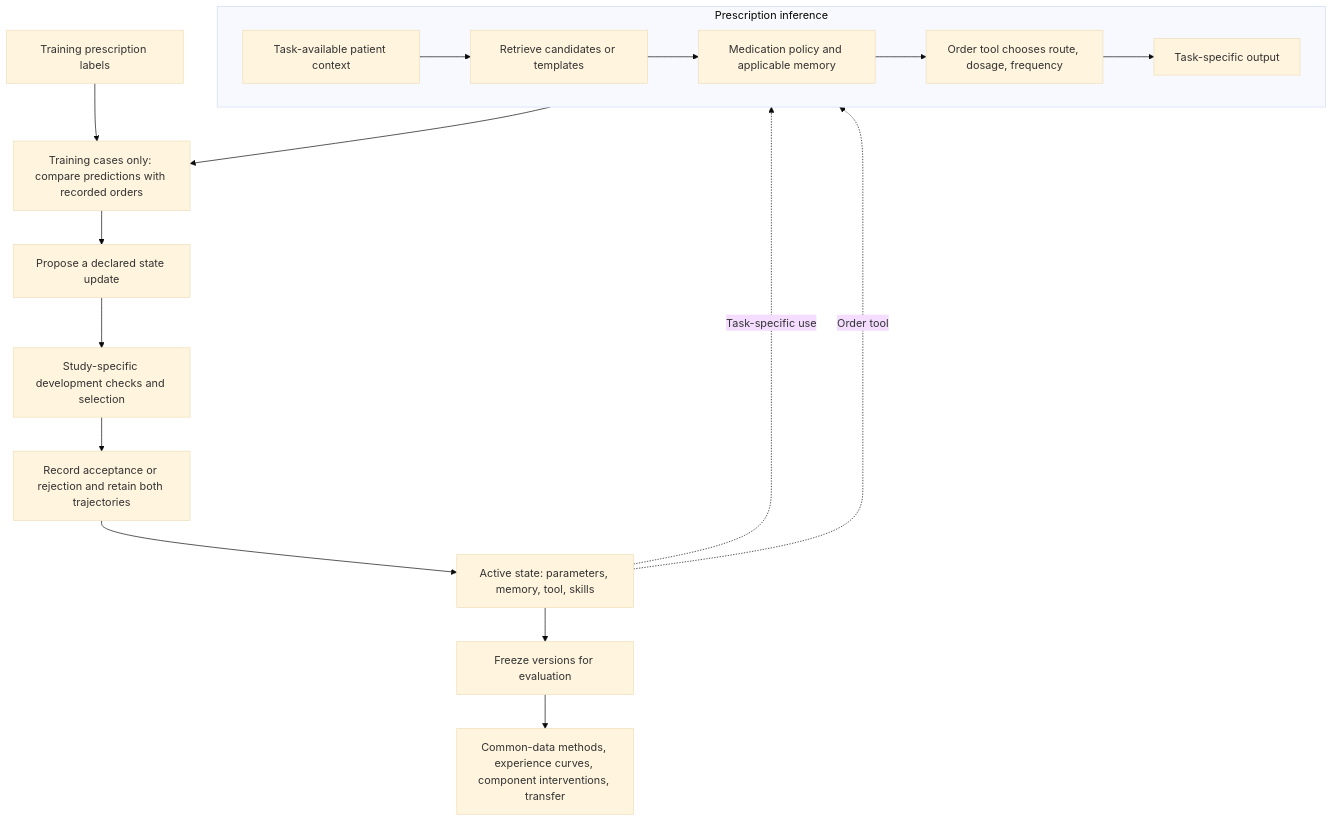
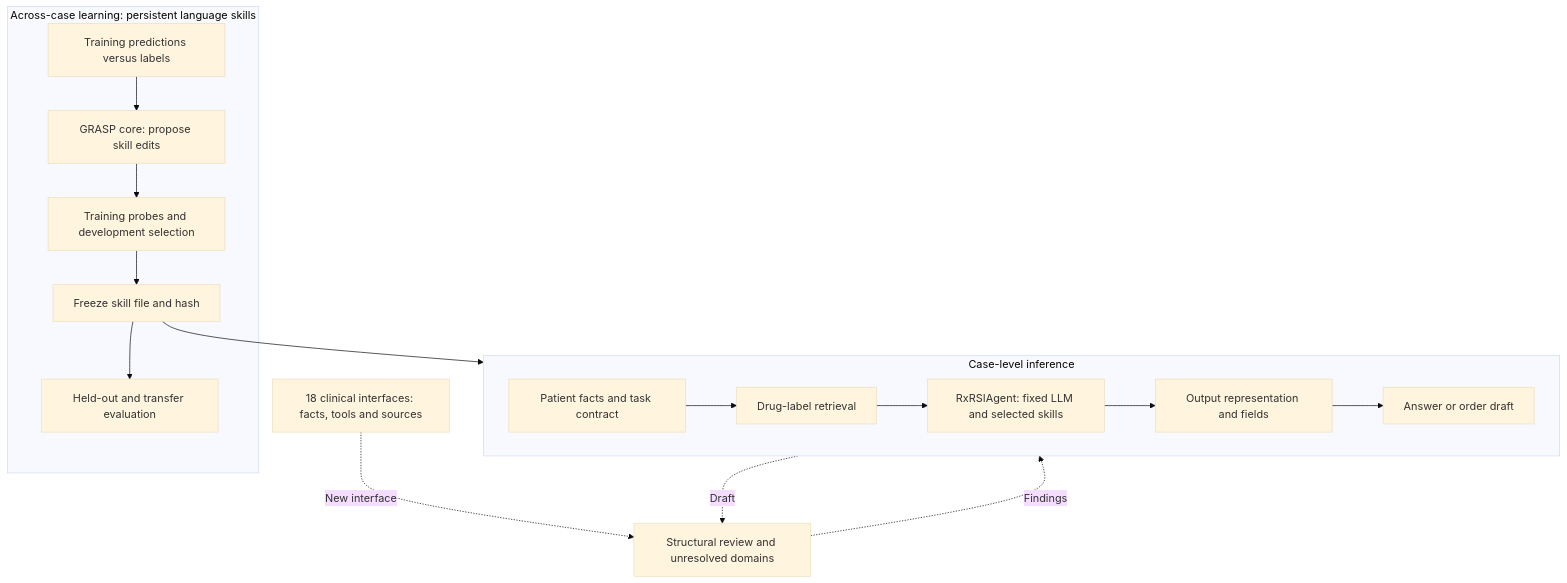
Before and after one commit to ZaneLing/PRISMATIC: the diagram in paper/RXRSI_DESIGN.en.md, drawn with Mermaid (base theme). The commit also changed other lines of this file and 22 other files, not shown here.

Commit message:
Consolidate RxRSIAgent paper and repair medication evidence retrieval

````diff
--- a/paper/RXRSI_DESIGN.en.md
+++ b/paper/RXRSI_DESIGN.en.md
@@ -9,20 +15,20 @@
 ```mermaid
 flowchart TB
-  subgraph RUN[Prescription inference]
+  subgraph R[Case-level inference]
     direction LR
-    A[Task-available patient context] --> B[Retrieve candidates or templates]
-    B --> C[Medication policy and applicable memory]
-    C --> D[Order tool chooses route, dosage, frequency]
-    D --> E[Task-specific output]
+    A[Patient facts and task contract] --> B[Drug-label retrieval]
+    B --> C[RxRSIAgent: fixed LLM and selected skills]
+    C --> D[Output representation and fields]
+    D --> E[Answer or order draft]
   end
-  S[Active state: parameters, memory, tool, skills] -. Task-specific use .-> C
-  S -. Order tool .-> D
-  E --> F[Training cases only: compare predictions with recorded orders]
-  G[Training prescription labels] --> F
-  F --> H[Propose a declared state update]
-  H --> I[Study-specific development checks and selection]
-  I --> J[Record acceptance or rejection and retain both trajectories]
-  J --> S
-  S --> Q[Freeze versions for evaluation]
-  Q --> R[Common-data methods, experience curves, component interventions, transfer]
+  J[18 clinical interfaces: facts, tools and sources] -. New interface .-> V[Structural review and unresolved domains]
+  C -. Draft .-> V
+  V -. Findings .-> D
+  subgraph L[Across-case learning: persistent language skills]
+    F[Training predictions versus labels] --> G[GRASP core: propose skill edits]
+    G --> H[Training probes and development selection]
+    H --> K[Freeze skill file and hash]
+    K --> T[Held-out and transfer evaluation]
+  end
+  K --> C
 ```
````
